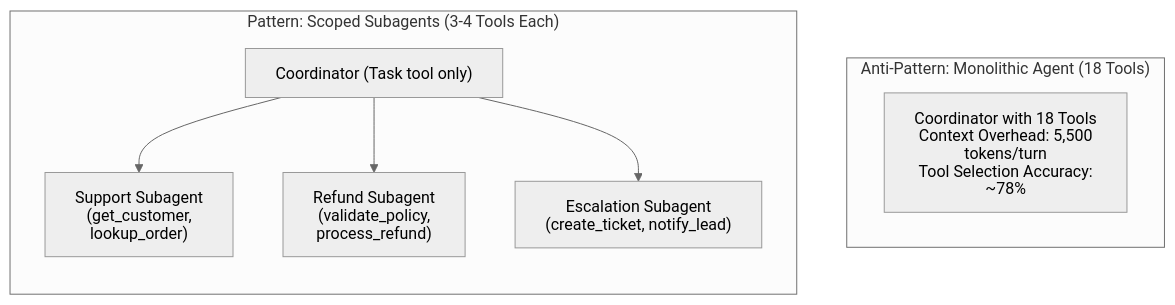
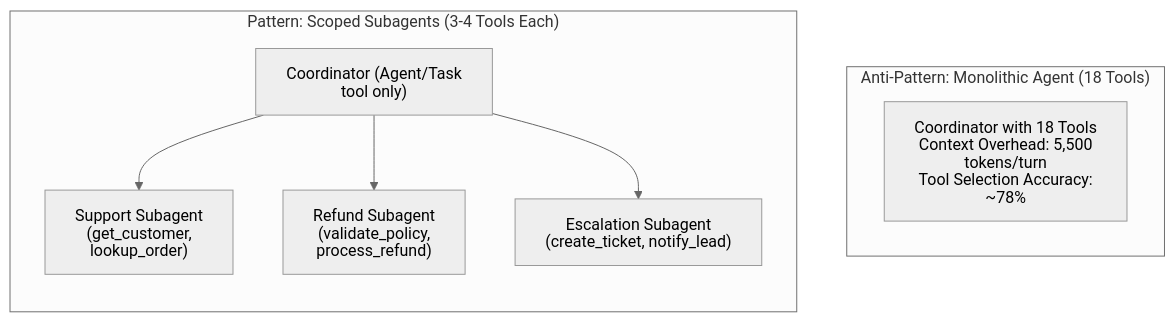
Before and after one commit to dip4k/claude_cert_architect_foundation_prep: the third of 7 diagrams in domain2/KEY_CONCEPTS.md, drawn with Mermaid (neutral theme). The commit also changed other lines of this file and 56 other files, not shown here.

Commit message:
docs: improve beginner clarity, flow, Mermaid compliance across domains and expand EXAM_REFRESHER to all 30 TS

````diff
--- a/domain2/KEY_CONCEPTS.md
+++ b/domain2/KEY_CONCEPTS.md
@@ -202,21 +202,21 @@
 ```mermaid
 ---
 config:
   htmlLabels: false
 ---
 flowchart TD
     subgraph Monolith ["Anti-Pattern: Monolithic Agent (18 Tools)"]
         A1["Coordinator with 18 Tools<br>Context Overhead: 5,500 tokens/turn<br>Tool Selection Accuracy: ~78%"]
     end
 
     subgraph Scoped ["Pattern: Scoped Subagents (3-4 Tools Each)"]
         direction TB
-        Coord["Coordinator (Task tool only)"]
+        Coord["Coordinator (Agent/Task tool only)"]
         S1["Support Subagent<br>(get_customer, lookup_order)"]
         S2["Refund Subagent<br>(validate_policy, process_refund)"]
         S3["Escalation Subagent<br>(create_ticket, notify_lead)"]
         Coord --> S1
         Coord --> S2
         Coord --> S3
     end
 ```
````
